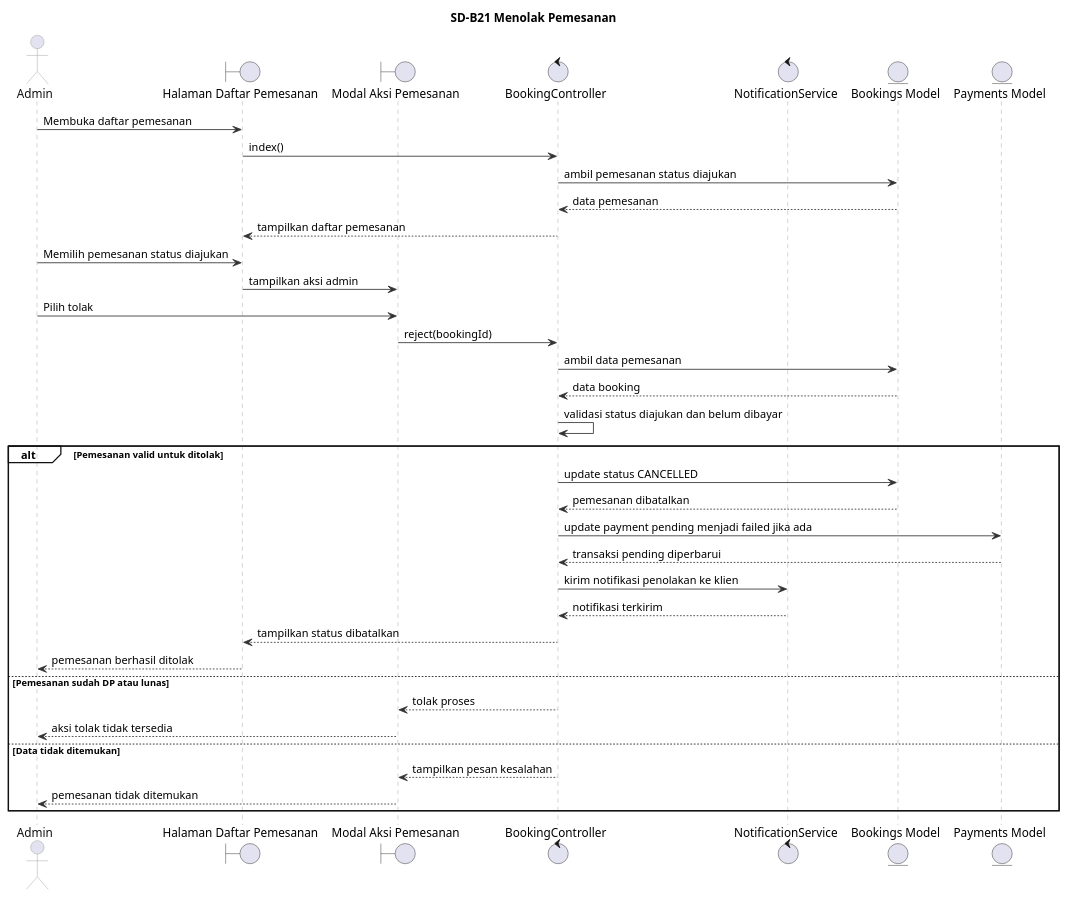
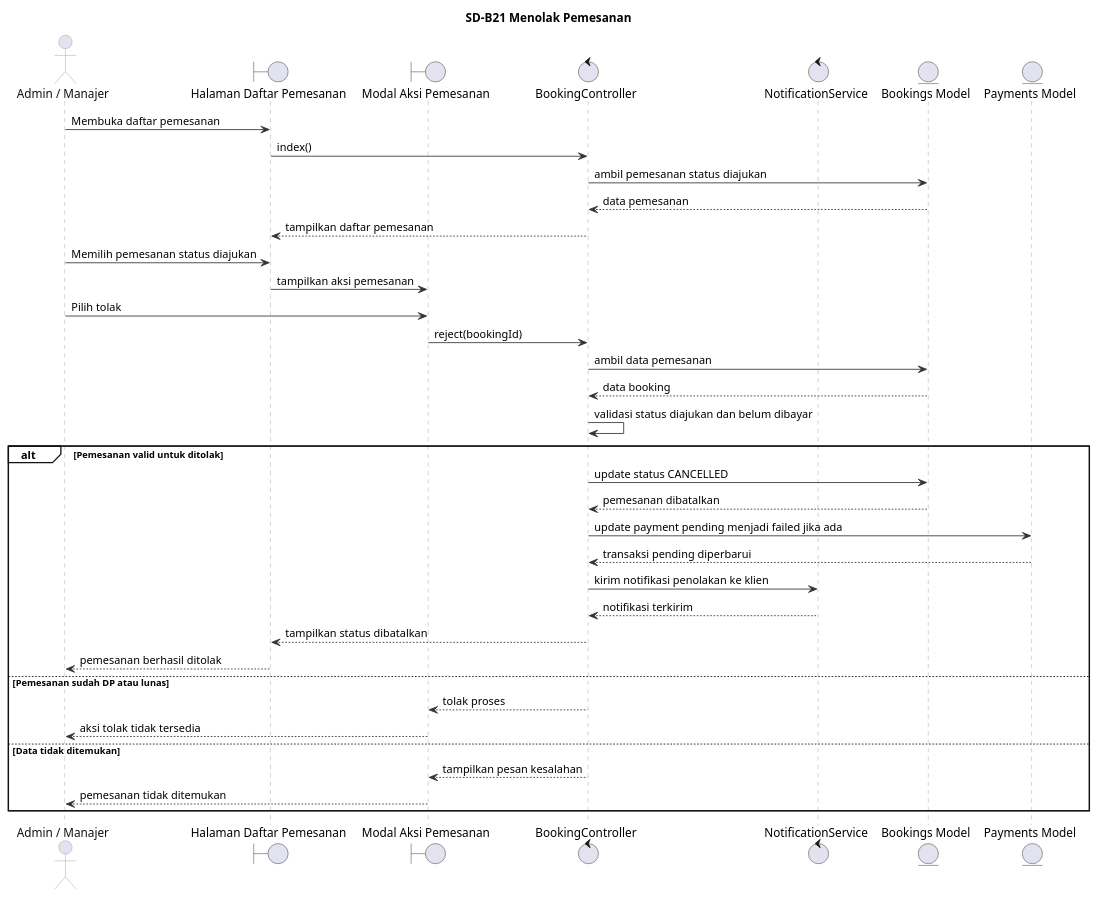
One commit to Fajrinputra/alterstudio-ta changed the diagram in diagrams/sequence/SD-B21.puml. Above: the diagram before and after it, drawn with PlantUML. The commit also changed 74 other files, not shown here.

```diff
--- a/diagrams/sequence/SD-B21.puml
+++ b/diagrams/sequence/SD-B21.puml
@@ -1,59 +1,59 @@
 @startuml
 title SD-B21 Menolak Pemesanan
 
 skinparam backgroundColor white
 skinparam shadowing false
 skinparam BoxPadding 4
 skinparam sequence {
     ArrowColor #333333
     LifeLineBorderColor #999999
     LifeLineBackgroundColor white
     ParticipantBorderColor #999999
     ParticipantBackgroundColor #ECEEF8
     ParticipantFontColor #111111
     ActorBorderColor #999999
     ActorFontColor #111111
     GroupBorderColor #111111
     GroupBackgroundColor transparent
 }
 
-actor "Admin" as Admin
+actor "Admin / Manajer" as Admin
 boundary "Halaman Daftar Pemesanan" as HalamanDaftar
 boundary "Modal Aksi Pemesanan" as ModalAksi
 control "BookingController" as BookingController
 control "NotificationService" as NotificationService
 entity "Bookings Model" as Booking
 entity "Payments Model" as Payment
 
 Admin -> HalamanDaftar : Membuka daftar pemesanan
 HalamanDaftar -> BookingController : index()
 BookingController -> Booking : ambil pemesanan status diajukan
 Booking --> BookingController : data pemesanan
 BookingController --> HalamanDaftar : tampilkan daftar pemesanan
 
 Admin -> HalamanDaftar : Memilih pemesanan status diajukan
-HalamanDaftar -> ModalAksi : tampilkan aksi admin
+HalamanDaftar -> ModalAksi : tampilkan aksi pemesanan
 Admin -> ModalAksi : Pilih tolak
 ModalAksi -> BookingController : reject(bookingId)
 BookingController -> Booking : ambil data pemesanan
 Booking --> BookingController : data booking
 BookingController -> BookingController : validasi status diajukan dan belum dibayar
 
 alt Pemesanan valid untuk ditolak
     BookingController -> Booking : update status CANCELLED
     Booking --> BookingController : pemesanan dibatalkan
     BookingController -> Payment : update payment pending menjadi failed jika ada
     Payment --> BookingController : transaksi pending diperbarui
     BookingController -> NotificationService : kirim notifikasi penolakan ke klien
     NotificationService --> BookingController : notifikasi terkirim
     BookingController --> HalamanDaftar : tampilkan status dibatalkan
     HalamanDaftar --> Admin : pemesanan berhasil ditolak
 else Pemesanan sudah DP atau lunas
     BookingController --> ModalAksi : tolak proses
     ModalAksi --> Admin : aksi tolak tidak tersedia
 else Data tidak ditemukan
     BookingController --> ModalAksi : tampilkan pesan kesalahan
     ModalAksi --> Admin : pemesanan tidak ditemukan
 end
 
 @enduml
```
